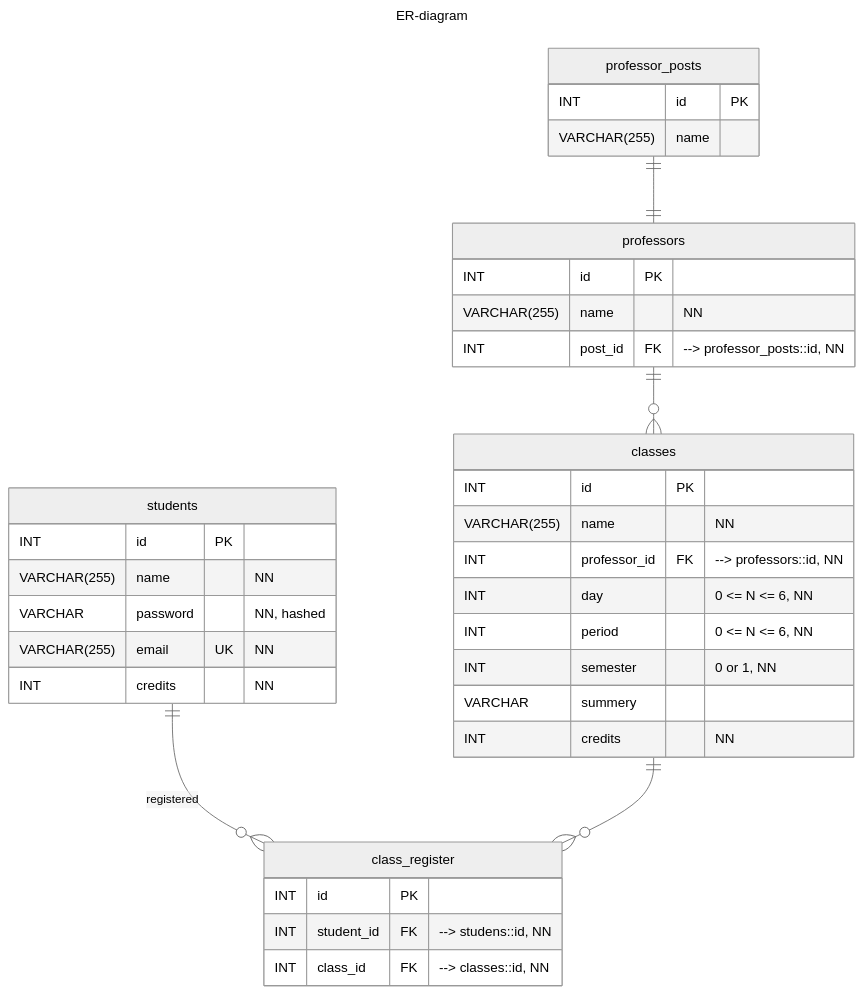
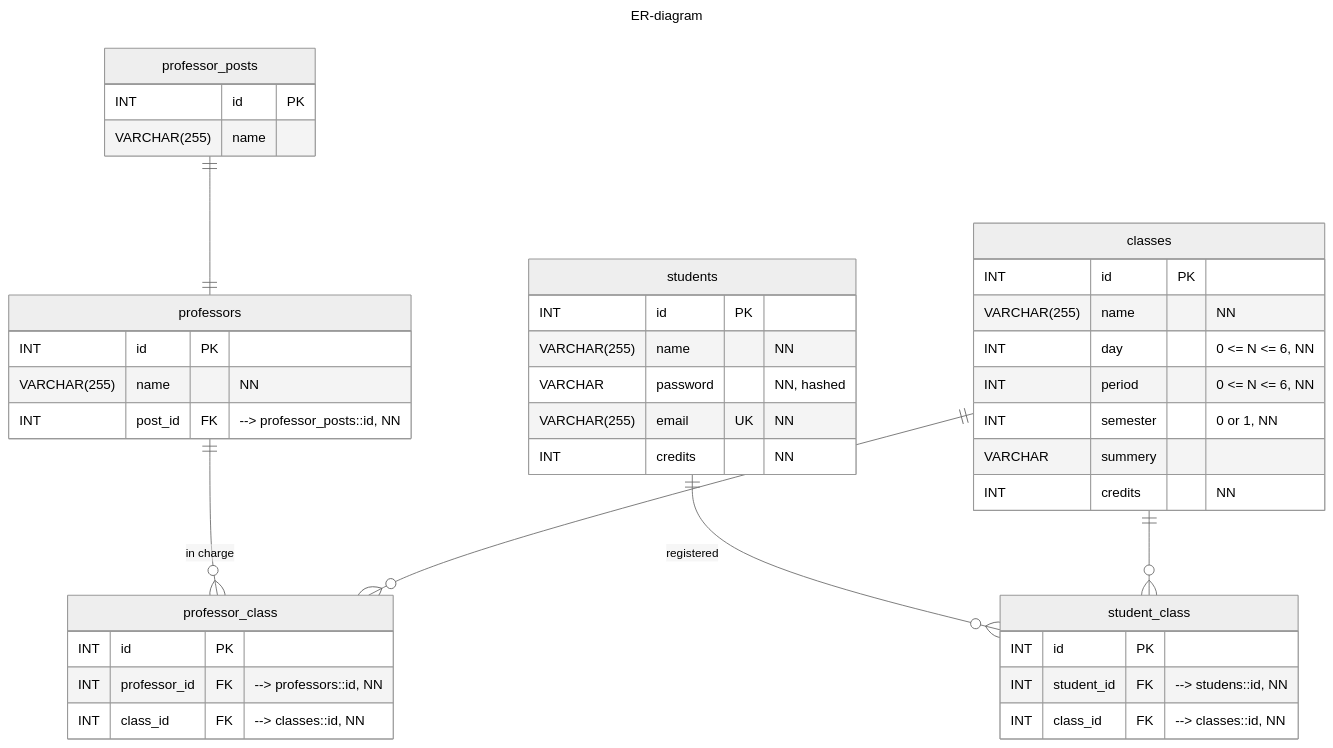
Before and after one commit to oda251/MockCourseRegistrationSite: the diagram in docs/ER.md, drawn with Mermaid (neutral theme). The commit also changed 2 other files, not shown here.

Commit message:
[update]fixed sequence-diagram; write about professor-view

````diff
--- a/docs/ER.md
+++ b/docs/ER.md
@@ -1,41 +1,46 @@
 ```mermaid
 ---
 title: ER-diagram
 ---
 erDiagram
 	professor_posts {
 		INT id PK
 		VARCHAR(255) name
 	}
 	professors {
 		INT id PK
 		VARCHAR(255) name "NN"
 		INT post_id FK "--> professor_posts::id, NN"
 	}
 	students {
 		INT id PK
 		VARCHAR(255) name "NN"
 		VARCHAR password "NN, hashed"
 		VARCHAR(255) email UK "NN"
 		INT credits "NN"
 	}
 	classes {
 		INT id PK
 		VARCHAR(255) name "NN"
-		INT professor_id FK "--> professors::id, NN"
 		INT day "0 <= N <= 6, NN"
 		INT period "0 <= N <= 6, NN"
 		INT semester "0 or 1, NN"
 		VARCHAR summery
 		INT credits "NN"
 	}
-	class_register {
+	student_class {
 		INT id PK
 		INT student_id FK "--> studens::id, NN"
 		INT class_id FK "--> classes::id, NN"
 	}
+	professor_class {
+		INT id PK
+		INT professor_id FK "--> professors::id, NN"
+		INT class_id FK "--> classes::id, NN"
+	}
 	professor_posts ||--|| professors : ""
-	professors ||--o{ classes : ""
-	students ||--o{ class_register : "registered"
-	classes ||--o{ class_register : ""
+	students ||--o{ student_class : "registered"
+	classes ||--o{ student_class : ""
+	professors ||--o{ professor_class : "in charge"
+	classes ||--o{ professor_class : ""
 ```
````
